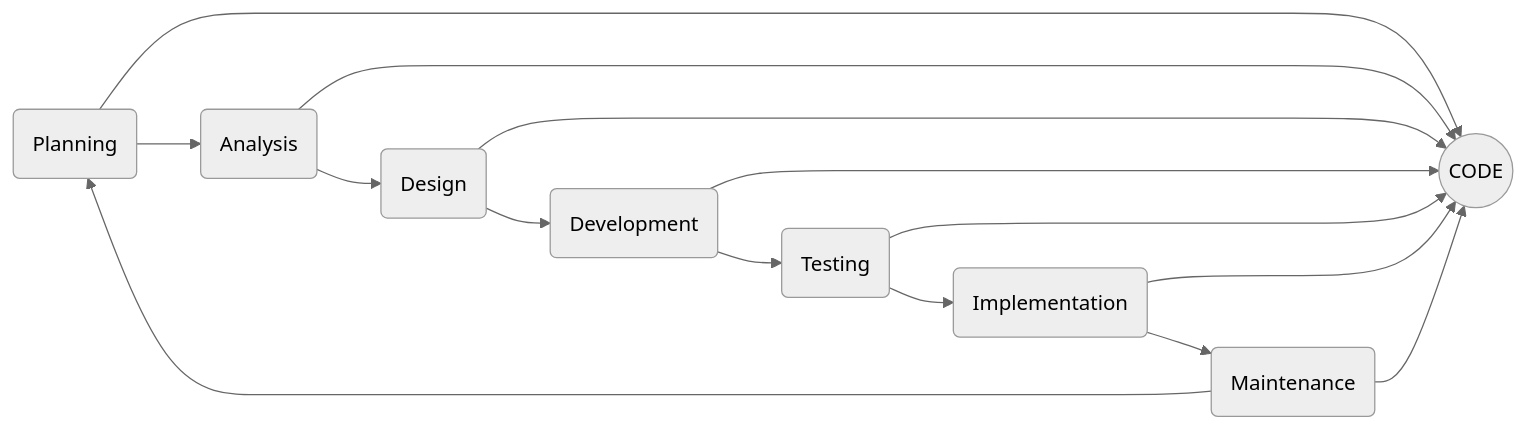
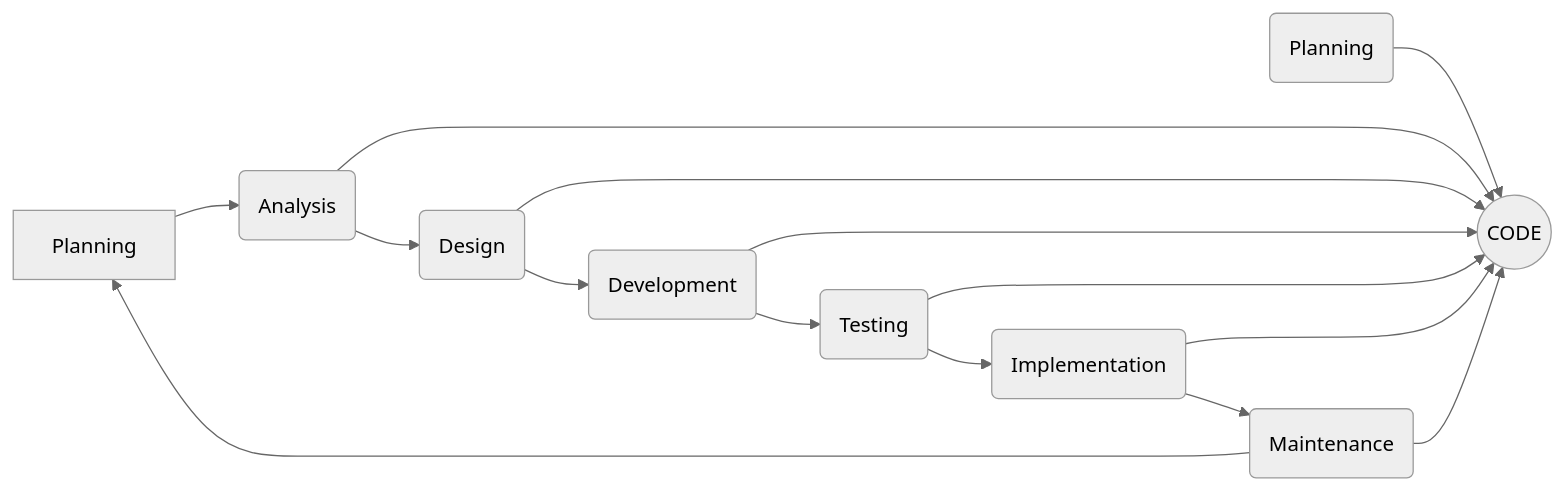
Before and after one commit to alex-mccombie/resume_readme: the first of 2 diagrams in AlexMcCombie-Coder-README.md, drawn with Mermaid (neutral theme).

````diff
--- a/AlexMcCombie-Coder-README.md
+++ b/AlexMcCombie-Coder-README.md
@@ -281,19 +281,19 @@
 ```mermaid
   graph LR;
   	classDef BLUE fill:#9f6,stroke:#333,stoke-width:2px;
 	class ro BLUE
-      Planning(Planning)-->code((CODE));
+      ro(Planning)-->code((CODE));
       Planning-->Analysis;
       Analysis(Analysis)-->code;
       Analysis-->Design;
       Design(Design)-->code;
       Design-->Development;
       Development(Development)-->code;
       Development-->Testing;
       Testing(Testing)-->code;
       Testing-->Implementation;
       Implementation(Implementation)-->code;
       Implementation-->Maintenance;
       Maintenance(Maintenance)-->code;
       Maintenance-->Planning;
 ```
````
